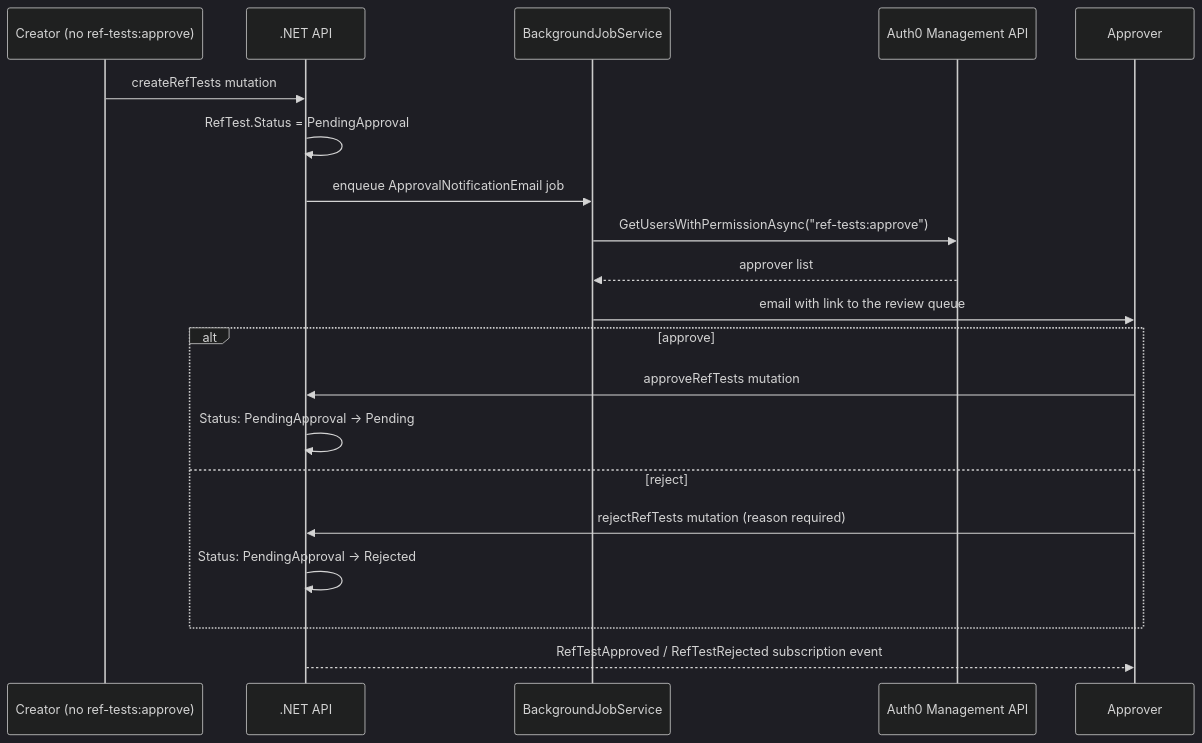
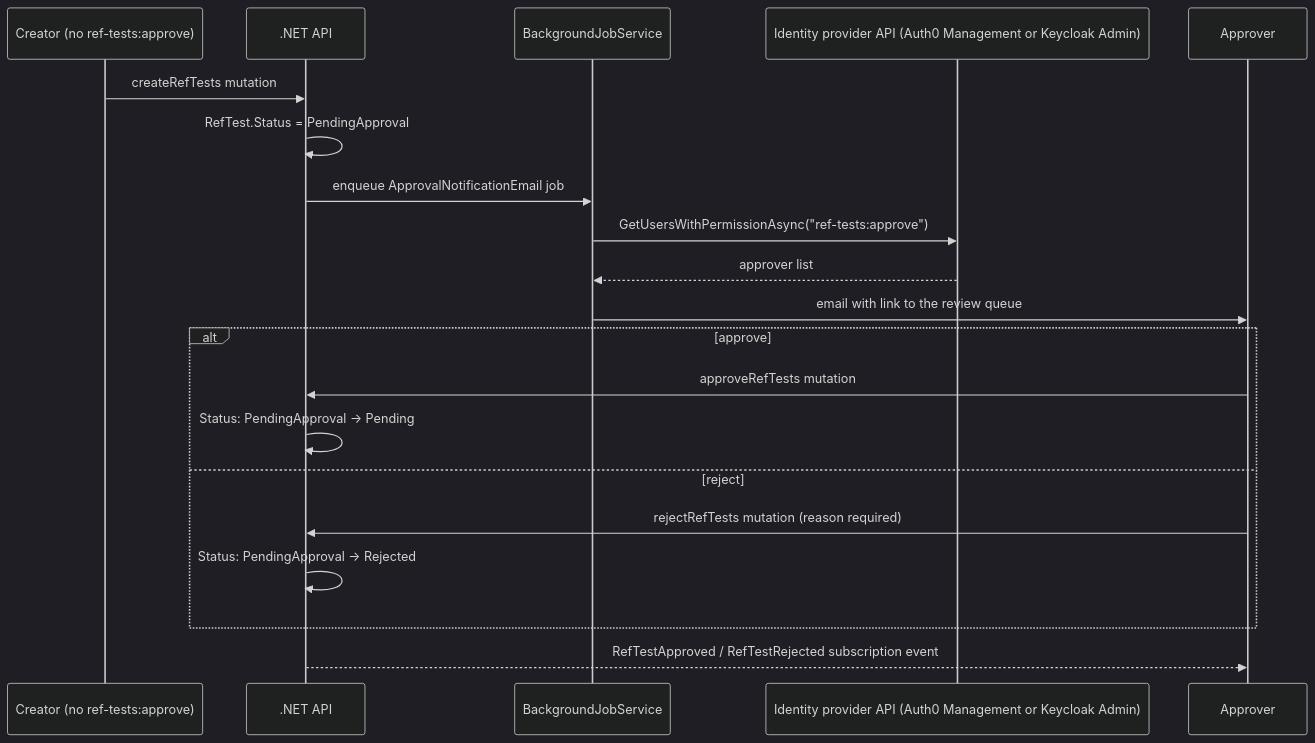
Before and after one commit to handballbelgium-referees/ref-test-management: the sixth of 7 diagrams in docs/ARCHITECTURE-DIAGRAM.md, drawn with Mermaid (dark theme). The commit also changed other lines of this file and 2 other files, not shown here.

First line of the commit message:
docs(docs): describe provider selection in security, deployment, and architecture

````diff
--- a/docs/ARCHITECTURE-DIAGRAM.md
+++ b/docs/ARCHITECTURE-DIAGRAM.md
@@ -124,24 +126,24 @@
 ```mermaid
 sequenceDiagram
     participant C as Creator (no ref-tests:approve)
     participant API as .NET API
     participant Job as BackgroundJobService
-    participant Auth0 as Auth0 Management API
+    participant IdP as Identity provider API (Auth0 Management or Keycloak Admin)
     participant Ap as Approver
 
     C->>API: createRefTests mutation
     API->>API: RefTest.Status = PendingApproval
     API->>Job: enqueue ApprovalNotificationEmail job
-    Job->>Auth0: GetUsersWithPermissionAsync("ref-tests:approve")
-    Auth0-->>Job: approver list
+    Job->>IdP: GetUsersWithPermissionAsync("ref-tests:approve")
+    IdP-->>Job: approver list
     Job->>Ap: email with link to the review queue
 
     alt approve
         Ap->>API: approveRefTests mutation
         API->>API: Status: PendingApproval -> Pending
     else reject
         Ap->>API: rejectRefTests mutation (reason required)
         API->>API: Status: PendingApproval -> Rejected
     end
     API-->>Ap: RefTestApproved / RefTestRejected subscription event
 ```
````
